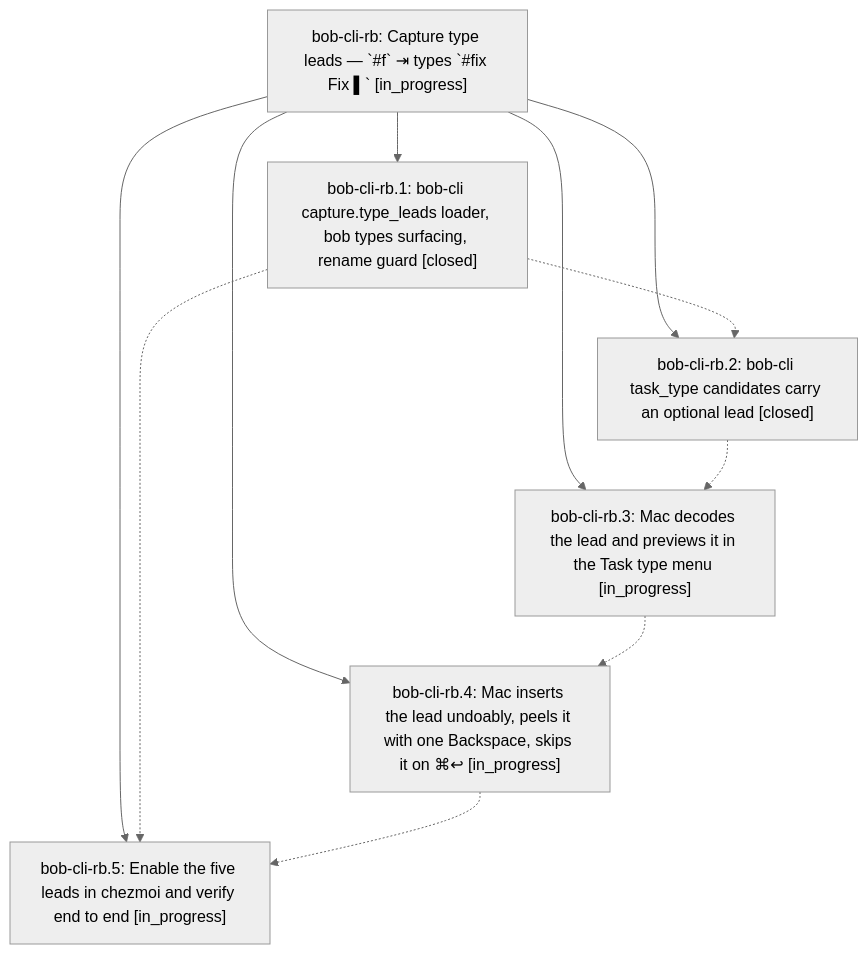
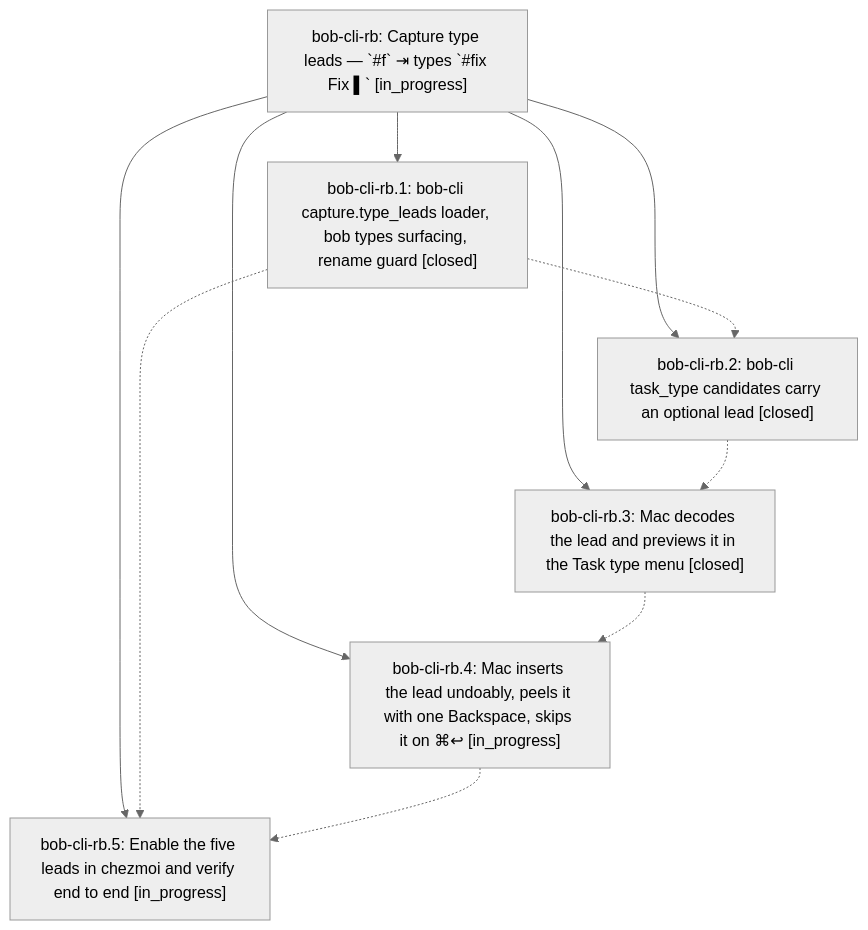
One commit to bobs-org/bob-cli--beads changed the diagram in pages/bob-cli-rb/README.md. Above: the diagram before and after it, drawn with Mermaid (neutral theme). The commit also changed other lines of this file and 4 other files, not shown here.

First line of the commit message:
chore(beads): sync bead state and pages for bob-cli-rb

````diff
--- a/pages/bob-cli-rb/README.md
+++ b/pages/bob-cli-rb/README.md
@@ -40,19 +40,19 @@
 ```mermaid
 flowchart TD
     n0["bob-cli-rb: Capture type leads — `#f` ⇥ types `#fix Fix ▌` [in_progress]"]
     n1["bob-cli-rb.1: bob-cli capture.type_leads loader, bob types surfacing, rename guard [closed]"]
     n2["bob-cli-rb.2: bob-cli task_type candidates carry an optional lead [closed]"]
-    n3["bob-cli-rb.3: Mac decodes the lead and previews it in the Task type menu [in_progress]"]
+    n3["bob-cli-rb.3: Mac decodes the lead and previews it in the Task type menu [closed]"]
     n4["bob-cli-rb.4: Mac inserts the lead undoably, peels it with one Backspace, skips it on ⌘↩ [in_progress]"]
     n5["bob-cli-rb.5: Enable the five leads in chezmoi and verify end to end [in_progress]"]
     n0 --> n1
     n0 --> n2
     n0 --> n3
     n0 --> n4
     n0 --> n5
     n1 -.-> n2
     n1 -.-> n5
     n2 -.-> n3
     n3 -.-> n4
     n4 -.-> n5
 ```
````
